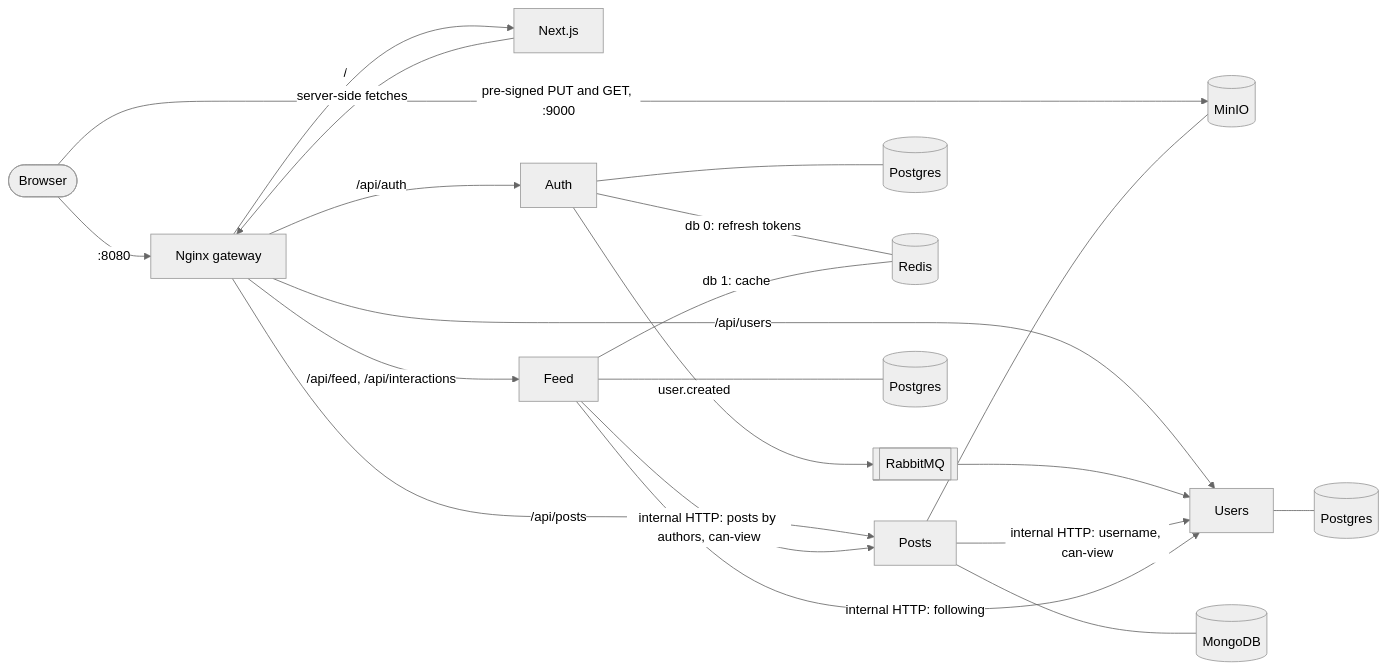
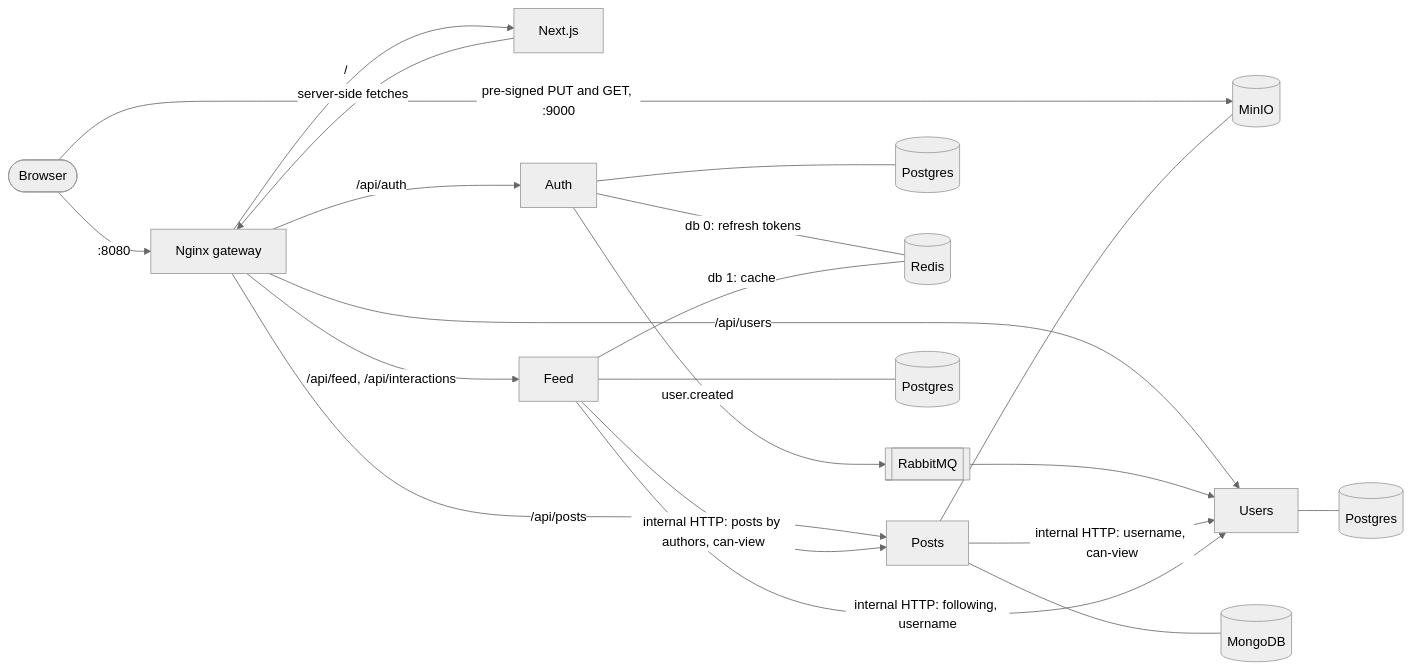
The diagram in README.md (miwiwiq/waymark), drawn with Mermaid (neutral theme) before and after one commit. The commit also changed other lines of this file and 7 other files, not shown here.

````diff
--- a/README.md
+++ b/README.md
@@ -32,23 +32,23 @@
 ```mermaid
 flowchart LR
   browser([Browser]) -->|":8080"| gw[Nginx gateway]
   browser -->|"pre-signed PUT and GET, :9000"| minio[(MinIO)]
   gw -->|"/"| web[Next.js]
   web -->|"server-side fetches"| gw
   gw -->|"/api/auth"| auth[Auth]
   gw -->|"/api/users"| users[Users]
   gw -->|"/api/posts"| posts[Posts]
   gw -->|"/api/feed, /api/interactions"| feed[Feed]
   auth --- authdb[(Postgres)]
   auth ---|"db 0: refresh tokens"| redis[(Redis)]
   auth -->|"user.created"| mq[[RabbitMQ]]
   mq --> users
   users --- usersdb[(Postgres)]
   posts --- mongo[(MongoDB)]
   posts --- minio
   posts -->|"internal HTTP: username, can-view"| users
-  feed -->|"internal HTTP: following"| users
+  feed -->|"internal HTTP: following, username"| users
   feed -->|"internal HTTP: posts by authors, can-view"| posts
   feed --- feeddb[(Postgres)]
   feed ---|"db 1: cache"| redis
 ```
````
